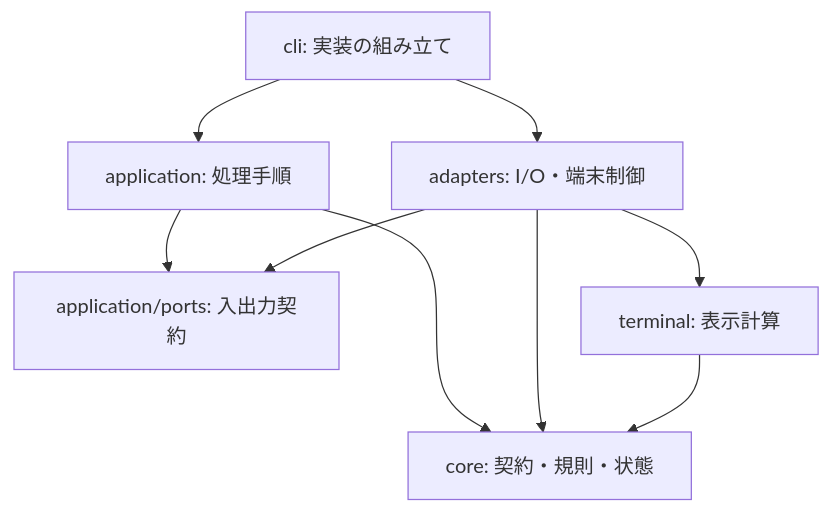
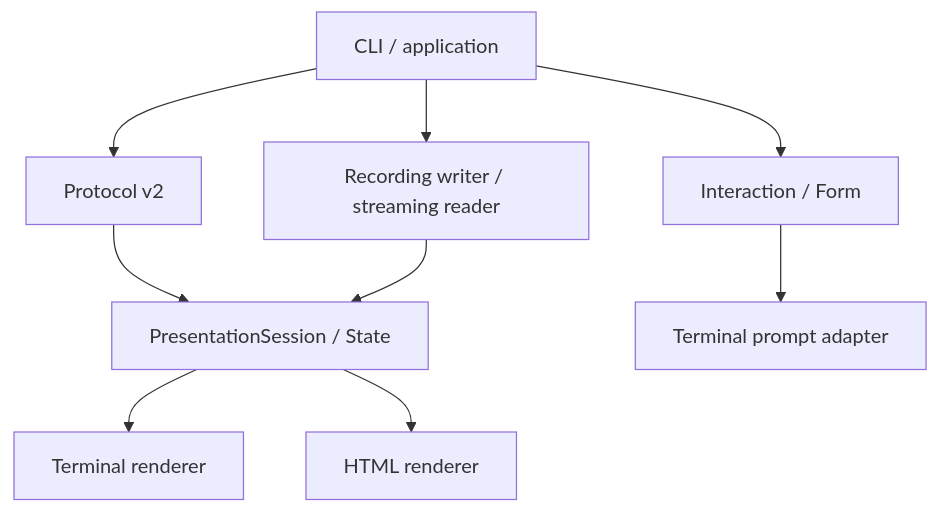
One commit to 9uiLe/hamio changed the diagram in docs/design.md. Above: the diagram before and after it, drawn with Mermaid. The commit also changed other lines of this file and 80 other files, not shown here.

Commit message:
refactor: remove legacy presentation architecture

````diff
--- a/docs/design.md
+++ b/docs/design.md
@@ -41,11 +22,11 @@
 ```mermaid
 flowchart TD
-    CLI[cli: 実装の組み立て] --> APP[application: 処理手順]
-    CLI --> IO[adapters: I/O・端末制御]
-    APP --> PORT[application/ports: 入出力契約]
-    APP --> CORE[core: 契約・規則・状態]
-    IO --> PORT
-    IO --> VIEW[terminal: 表示計算]
-    IO --> CORE
-    VIEW --> CORE
+  CLI[CLI / application] --> PROTOCOL[Protocol v2]
+  PROTOCOL --> DOMAIN[PresentationSession / State]
+  DOMAIN --> TERMINAL[Terminal renderer]
+  DOMAIN --> HTML[HTML renderer]
+  CLI --> RECORDING[Recording writer / streaming reader]
+  RECORDING --> DOMAIN
+  CLI --> FORM[Interaction / Form]
+  FORM --> PROMPT[Terminal prompt adapter]
 ```
````
